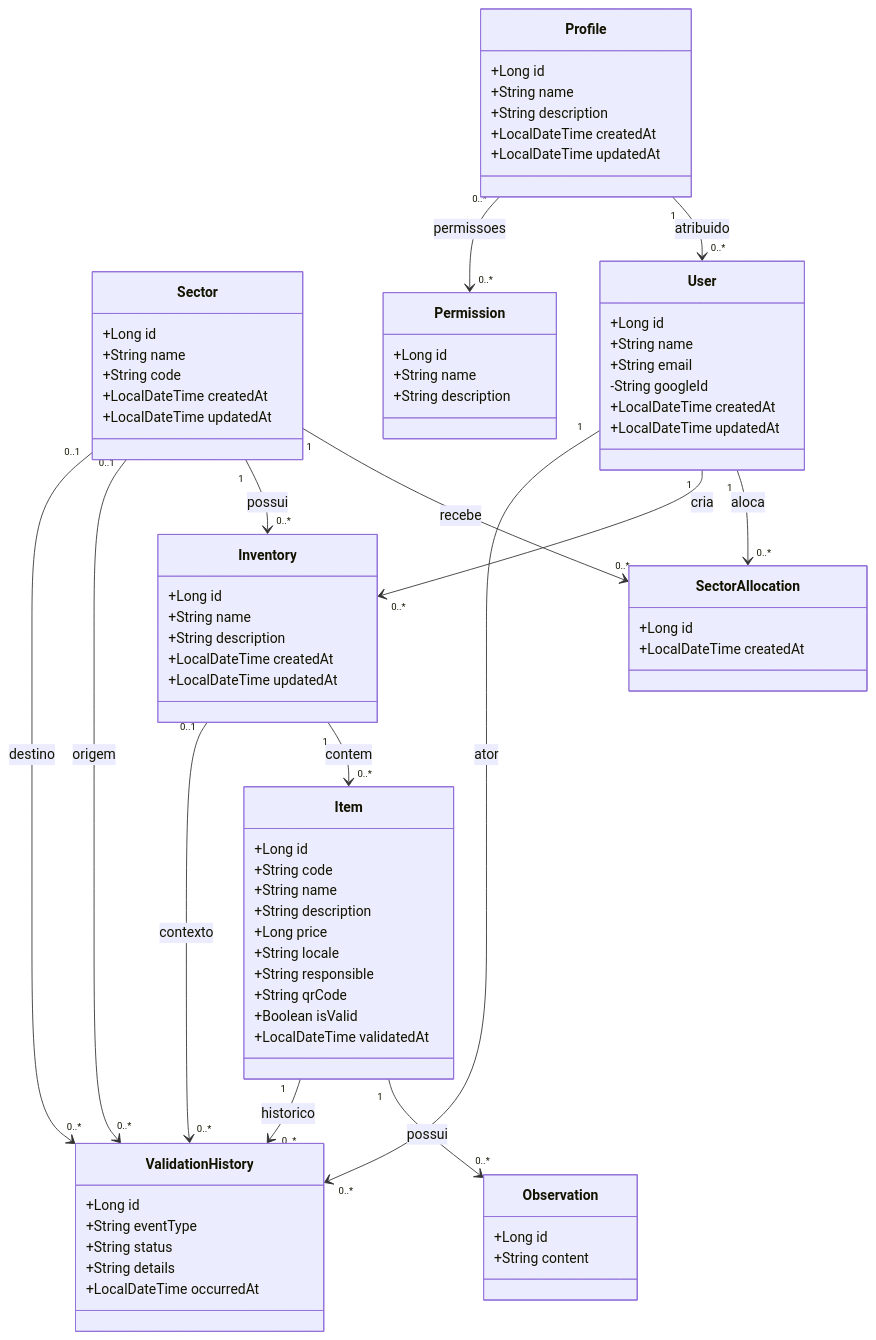
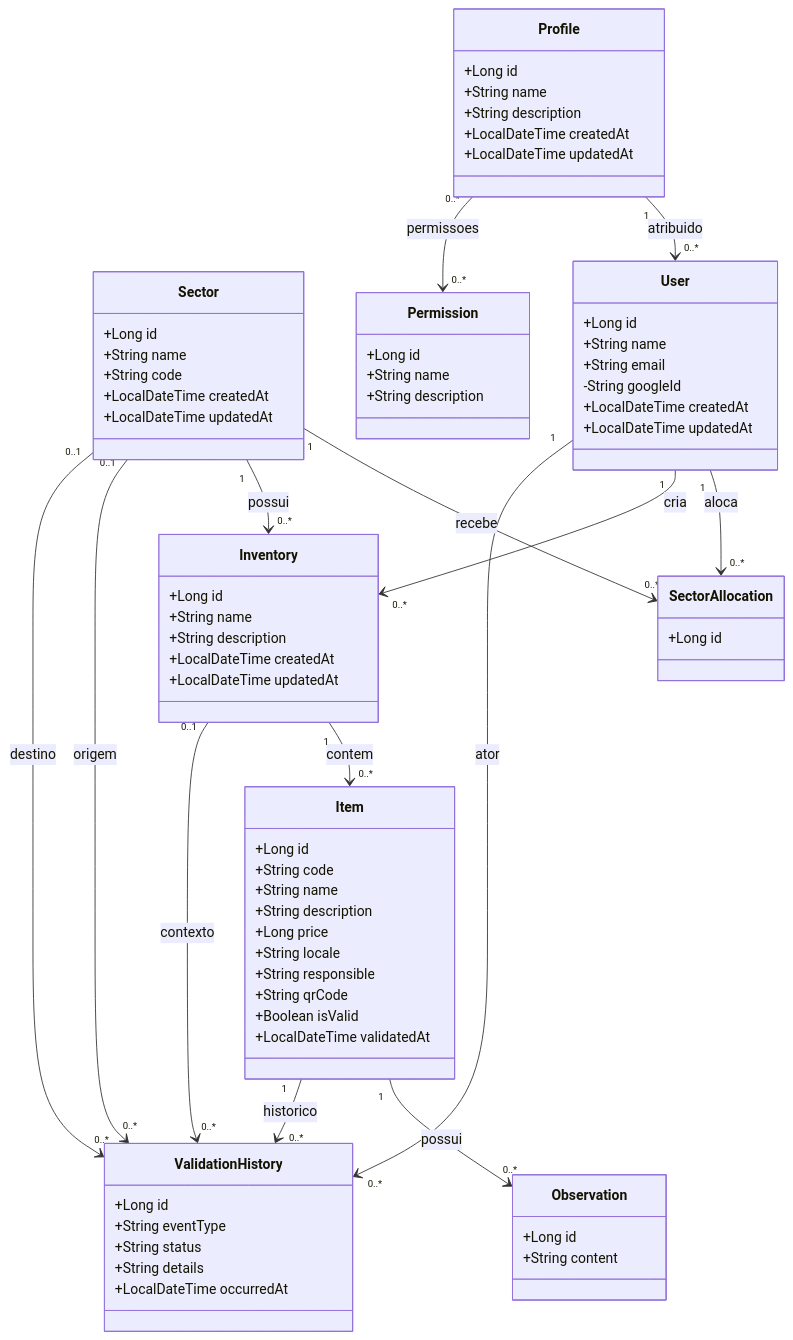
One commit to ifpebj-ti/inventario-patrimonio-cces changed the second of 2 diagrams in docs/wiki/Proposta-de-Modelagem-Organizacoes-Setores-e-Permissoes.md. Above: the diagram before and after it, drawn with Mermaid. The commit also changed other lines of this file, not shown here.

```diff
--- a/docs/wiki/Proposta-de-Modelagem-Organizacoes-Setores-e-Permissoes.md
+++ b/docs/wiki/Proposta-de-Modelagem-Organizacoes-Setores-e-Permissoes.md
@@ -320,7 +320,6 @@
 
     class SectorAllocation {
         +Long id
-        +LocalDateTime createdAt
     }
 
     class Profile {
```
